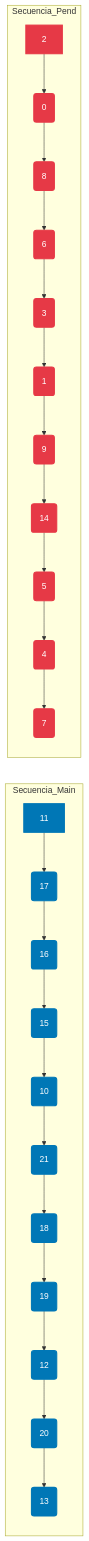
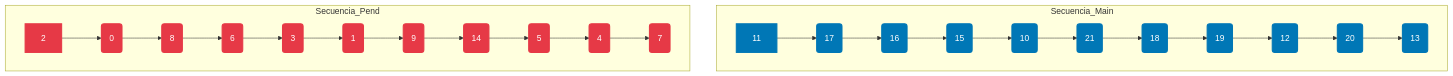
Before and after one commit to luismiguelcasadodiaz/CPP_09: the sixth of 6 diagrams in ford.md, drawn with Mermaid.

Commit message:
Change graph direction from LR to TD

````diff
--- a/ford.md
+++ b/ford.md
@@ -109,38 +109,38 @@
 ```mermaid
-graph LR
+graph TD
     subgraph Secuencia_Main
         M1[11] --> M2(17)
         M2 --> M3(16)
         M3 --> M4(15)
         M4 --> M5(10)
         M5 --> M6(21)
         M6 --> M7(18)
         M7 --> M8(19)
         M8 --> M9(12)
         M9 --> M10(20)
         M10 --> M11(13)
     end
     
     subgraph Secuencia_Pend
         P1[2] --> P2(0)
         P2 --> P3(8)
         P3 --> P4(6)
         P4 --> P5(3)
         P5 --> P6(1)
         P6 --> P7(9)
         P7 --> P8(14)
         P8 --> P9(5)
         P9 --> P10(4)
         P10 --> P11(7)
     end
 
     %% Definición de Estilos (Clases)
     classDef mainStyle fill:#0077b6,stroke:#0077b6,stroke-width:2px,color:white
     classDef pendStyle fill:#e63946,stroke:#e63946,stroke-width:2px,color:white
 
     %% Aplicación de Estilos a los Nodos de Main
     class M1,M2,M3,M4,M5,M6,M7,M8,M9,M10,M11 mainStyle
 
     %% Aplicación de Estilos a los Nodos de Pend
     class P1,P2,P3,P4,P5,P6,P7,P8,P9,P10,P11 pendStyle
 ```
````
